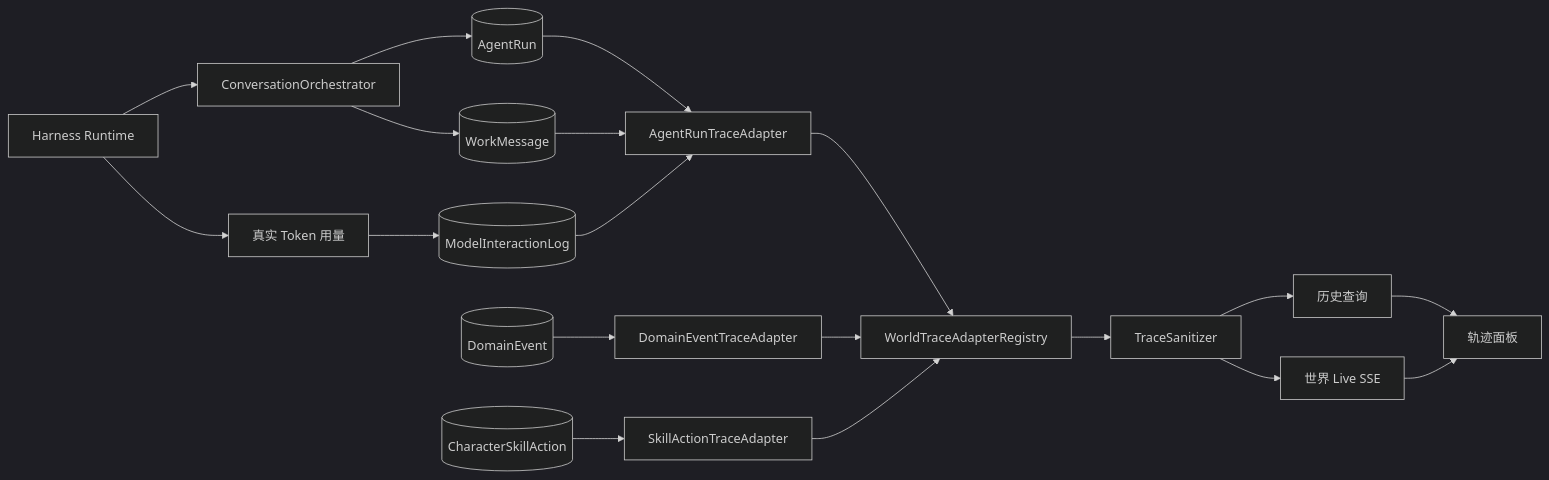
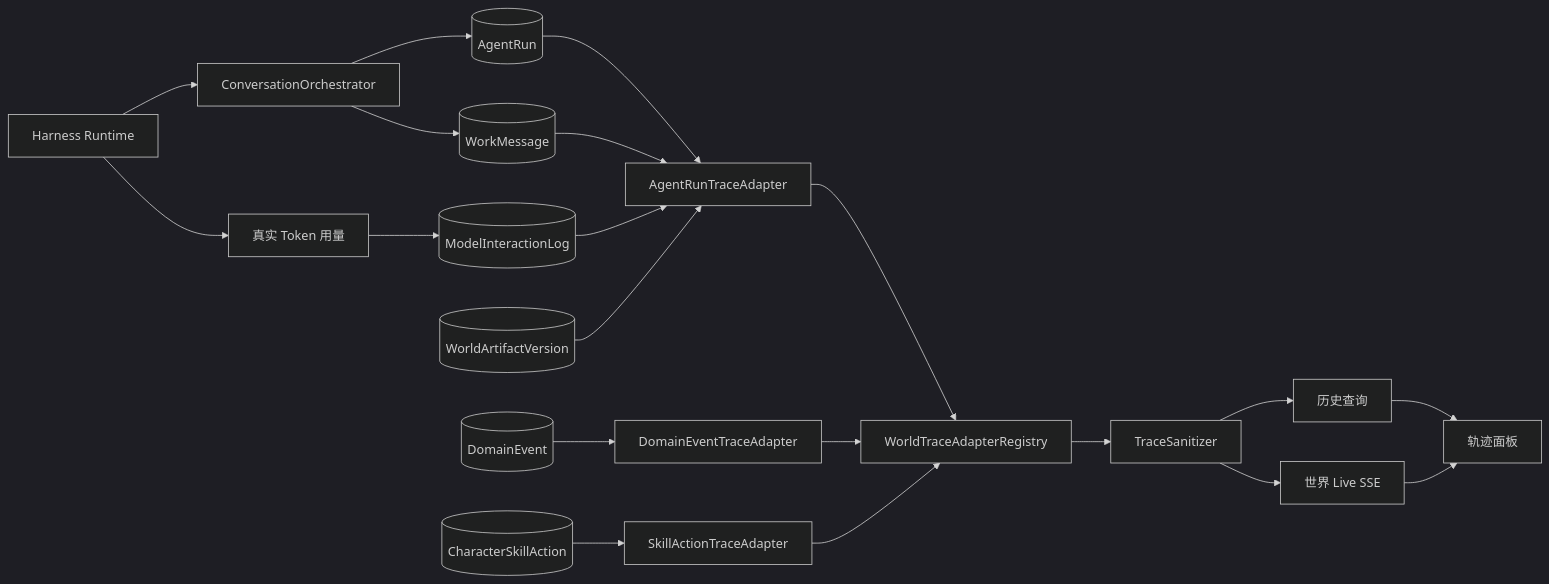
Before and after one commit to cyber-ai-agent/dsh-cyber: the diagram in docs/architecture/world-trace-center-v1.md, drawn with Mermaid (dark theme). The commit also changed other lines of this file and 7 other files, not shown here.

````diff
--- a/docs/architecture/world-trace-center-v1.md
+++ b/docs/architecture/world-trace-center-v1.md
@@ -26,21 +33,22 @@
 ```mermaid
 flowchart LR
     H[Harness Runtime] --> O[ConversationOrchestrator]
     O --> R[(AgentRun)]
     O --> M[(WorkMessage)]
     H --> U[真实 Token 用量]
     U --> L[(ModelInteractionLog)]
     R --> A[AgentRunTraceAdapter]
     M --> A
     L --> A
+    V[(WorldArtifactVersion)] --> A
     D[(DomainEvent)] --> B[DomainEventTraceAdapter]
     S[(CharacterSkillAction)] --> C[SkillActionTraceAdapter]
     A --> G[WorldTraceAdapterRegistry]
     B --> G
     C --> G
     G --> Z[TraceSanitizer]
     Z --> API[历史查询]
     Z --> LIVE[世界 Live SSE]
     API --> UI[轨迹面板]
     LIVE --> UI
 ```
````
